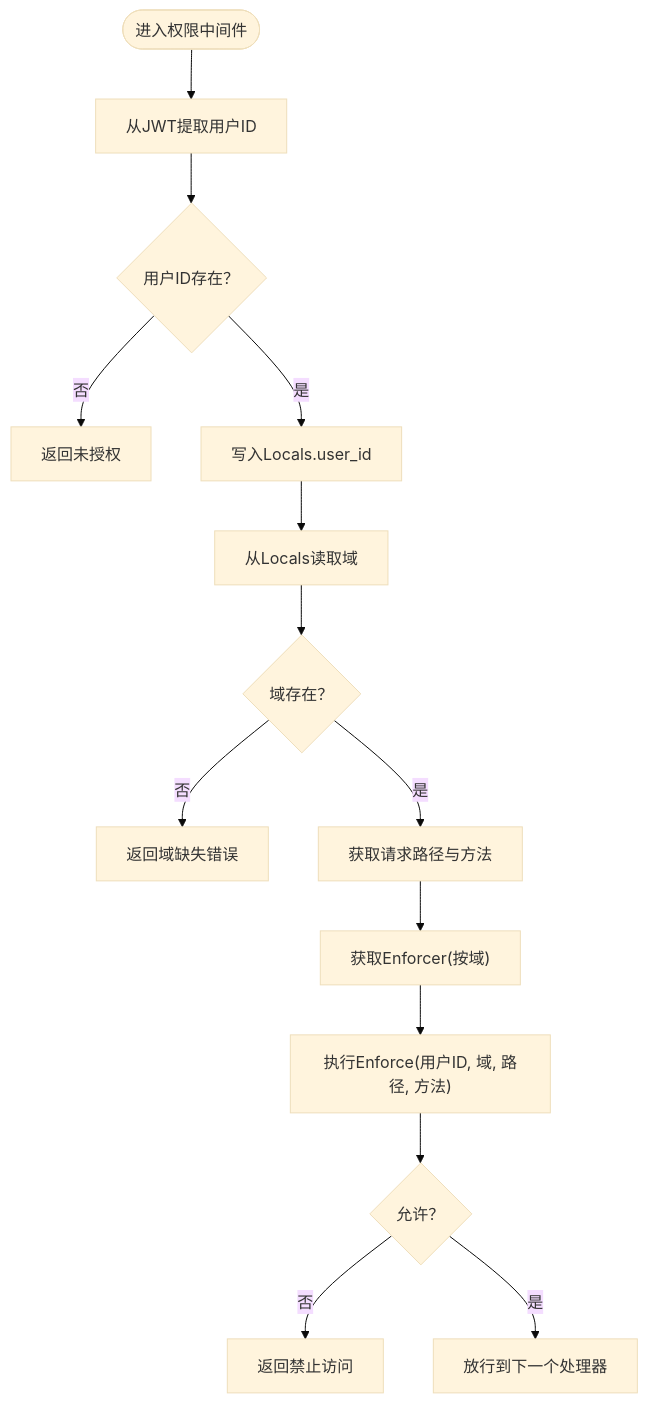
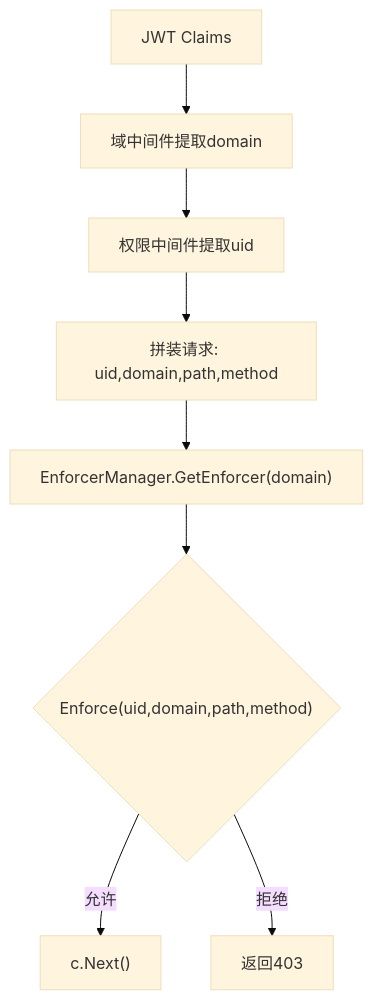
Before and after one commit to wuwuseo/e-sports-go-admin: the seventh of 8 diagrams in .qoder/repowiki/zh/content/开发指南/开发指南.md, drawn with Mermaid (base theme). The commit also changed other lines of this file and 115 other files, not shown here.

````diff
--- a/.qoder/repowiki/zh/content/开发指南/开发指南.md
+++ b/.qoder/repowiki/zh/content/开发指南/开发指南.md
@@ -205,16 +257,10 @@
 ```mermaid
 flowchart TD
-Start(["进入权限中间件"]) --> GetUser["从JWT提取用户ID"]
-GetUser --> HasUser{"用户ID存在？"}
-HasUser --> |否| Unauthorized["返回未授权"]
-HasUser --> |是| SetUser["写入Locals.user_id"]
-SetUser --> GetDomain["从Locals读取域"]
-GetDomain --> HasDomain{"域存在？"}
-HasDomain --> |否| DomainErr["返回域缺失错误"]
-HasDomain --> |是| GetReq["获取请求路径与方法"]
-GetReq --> GetEnforcer["获取Enforcer(按域)"]
-GetEnforcer --> Enforce["执行Enforce(用户ID, 域, 路径, 方法)"]
-Enforce --> Allowed{"允许？"}
-Allowed --> |否| Forbidden["返回禁止访问"]
-Allowed --> |是| Next["放行到下一个处理器"]
+A["JWT Claims"] --> B["域中间件提取domain"]
+B --> C["权限中间件提取uid"]
+C --> D["拼装请求: uid,domain,path,method"]
+D --> E["EnforcerManager.GetEnforcer(domain)"]
+E --> F{"Enforce(uid,domain,path,method)"}
+F --> |允许| G["c.Next()"]
+F --> |拒绝| H["返回403"]
 ```
````
